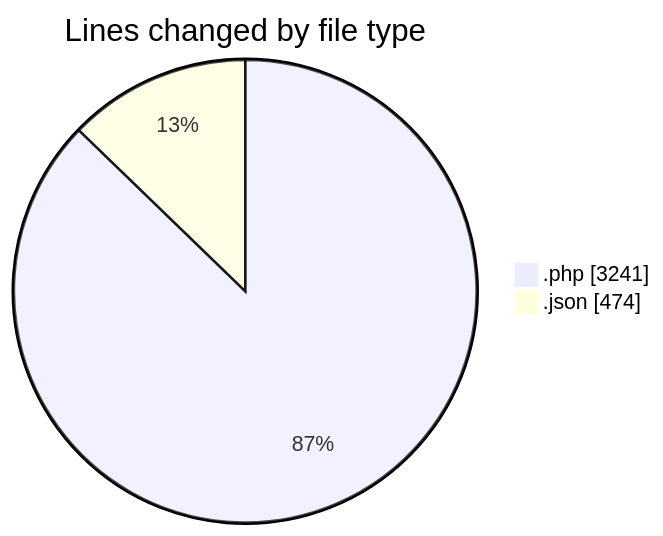
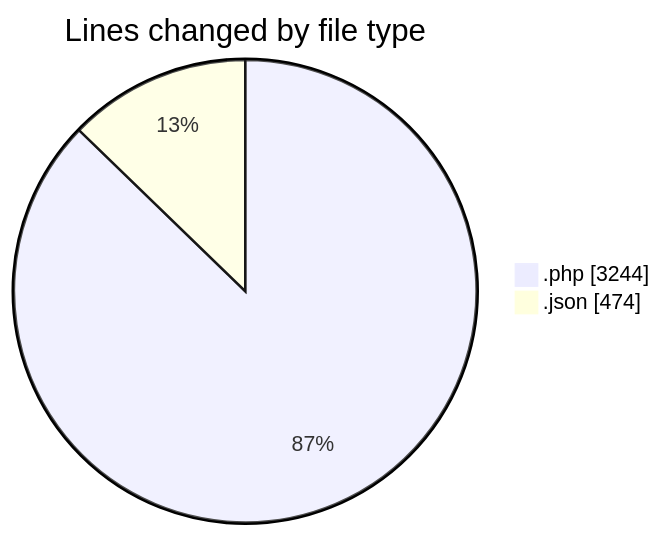
The first of 2 diagrams in 2025-06-16/studio-backend/README.md (idhammustaqopulfikri/code-tracking), drawn with Mermaid before and after one commit. The commit also changed other lines of this file and 1 other file, not shown here.

````diff
--- a/2025-06-16/studio-backend/README.md
+++ b/2025-06-16/studio-backend/README.md
@@ -36,6 +36,6 @@
 ```mermaid
 pie showData
 title Lines changed by file type
-".php" : 3241
+".php" : 3244
 ".json" : 474
 ```
````
